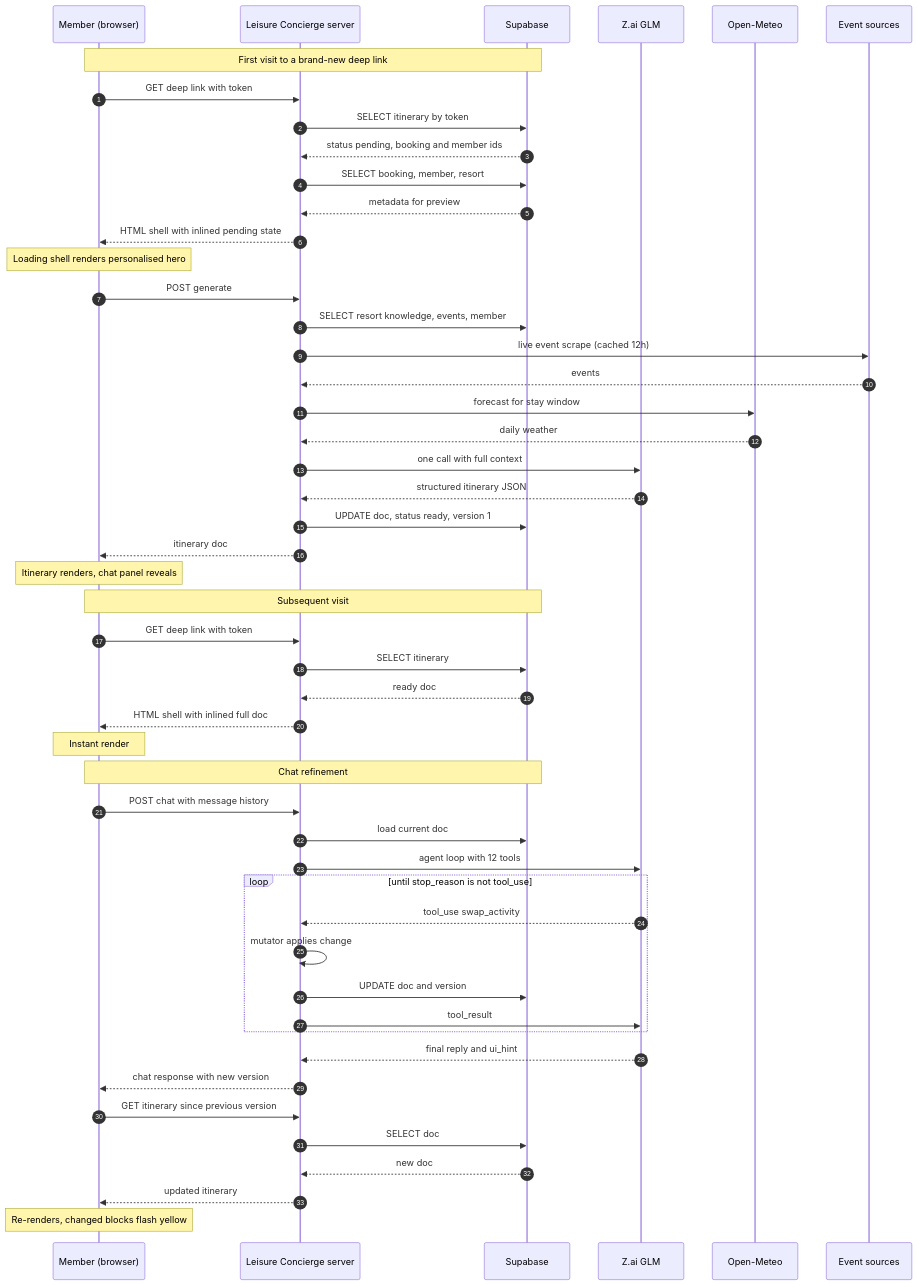
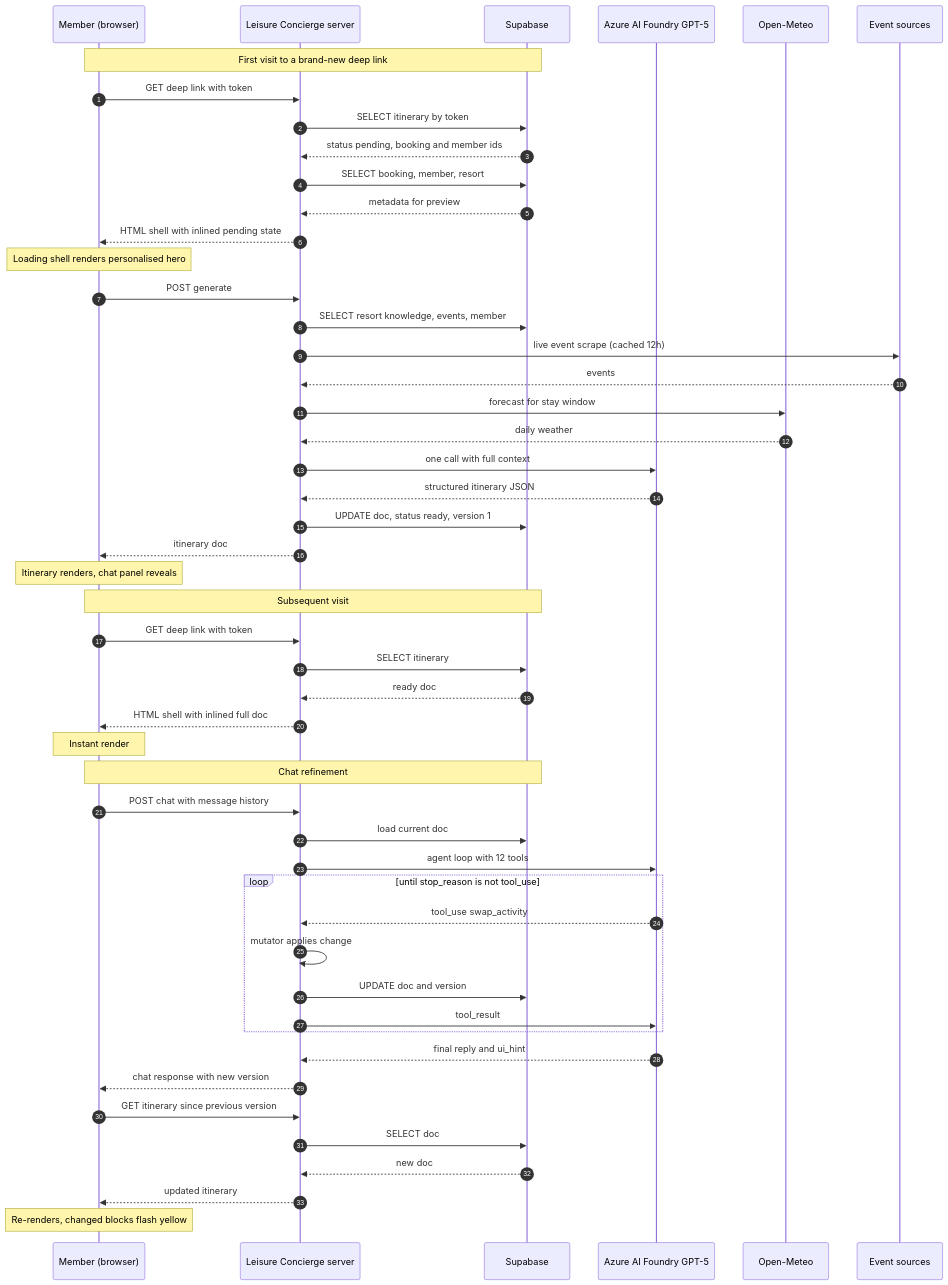
One commit to samhud1999/leisure-concierge changed the third of 9 diagrams in docs/PoC-Overview-for-Confluence.md. Above: the diagram before and after it, drawn with Mermaid. The commit also changed other lines of this file and 20 other files, not shown here.

````diff
--- a/docs/PoC-Overview-for-Confluence.md
+++ b/docs/PoC-Overview-for-Confluence.md
@@ -182,55 +182,55 @@
 ```mermaid
 sequenceDiagram
   autonumber
   participant M as Member (browser)
   participant L as Leisure Concierge server
   participant DB as Supabase
-  participant LLM as Z.ai GLM
+  participant LLM as Azure AI Foundry GPT-5
   participant OM as Open-Meteo
   participant EV as Event sources
 
   Note over M,DB: First visit to a brand-new deep link
   M->>L: GET deep link with token
   L->>DB: SELECT itinerary by token
   DB-->>L: status pending, booking and member ids
   L->>DB: SELECT booking, member, resort
   DB-->>L: metadata for preview
   L-->>M: HTML shell with inlined pending state
   Note over M: Loading shell renders personalised hero
   M->>L: POST generate
   L->>DB: SELECT resort knowledge, events, member
   L->>EV: live event scrape (cached 12h)
   EV-->>L: events
   L->>OM: forecast for stay window
   OM-->>L: daily weather
   L->>LLM: one call with full context
   LLM-->>L: structured itinerary JSON
   L->>DB: UPDATE doc, status ready, version 1
   L-->>M: itinerary doc
   Note over M: Itinerary renders, chat panel reveals
 
   Note over M,DB: Subsequent visit
   M->>L: GET deep link with token
   L->>DB: SELECT itinerary
   DB-->>L: ready doc
   L-->>M: HTML shell with inlined full doc
   Note over M: Instant render
 
   Note over M,DB: Chat refinement
   M->>L: POST chat with message history
   L->>DB: load current doc
   L->>LLM: agent loop with 12 tools
   loop until stop_reason is not tool_use
     LLM-->>L: tool_use swap_activity
     L->>L: mutator applies change
     L->>DB: UPDATE doc and version
     L->>LLM: tool_result
   end
   LLM-->>L: final reply and ui_hint
   L-->>M: chat response with new version
   M->>L: GET itinerary since previous version
   L->>DB: SELECT doc
   DB-->>L: new doc
   L-->>M: updated itinerary
   Note over M: Re-renders, changed blocks flash yellow
 ```
````
